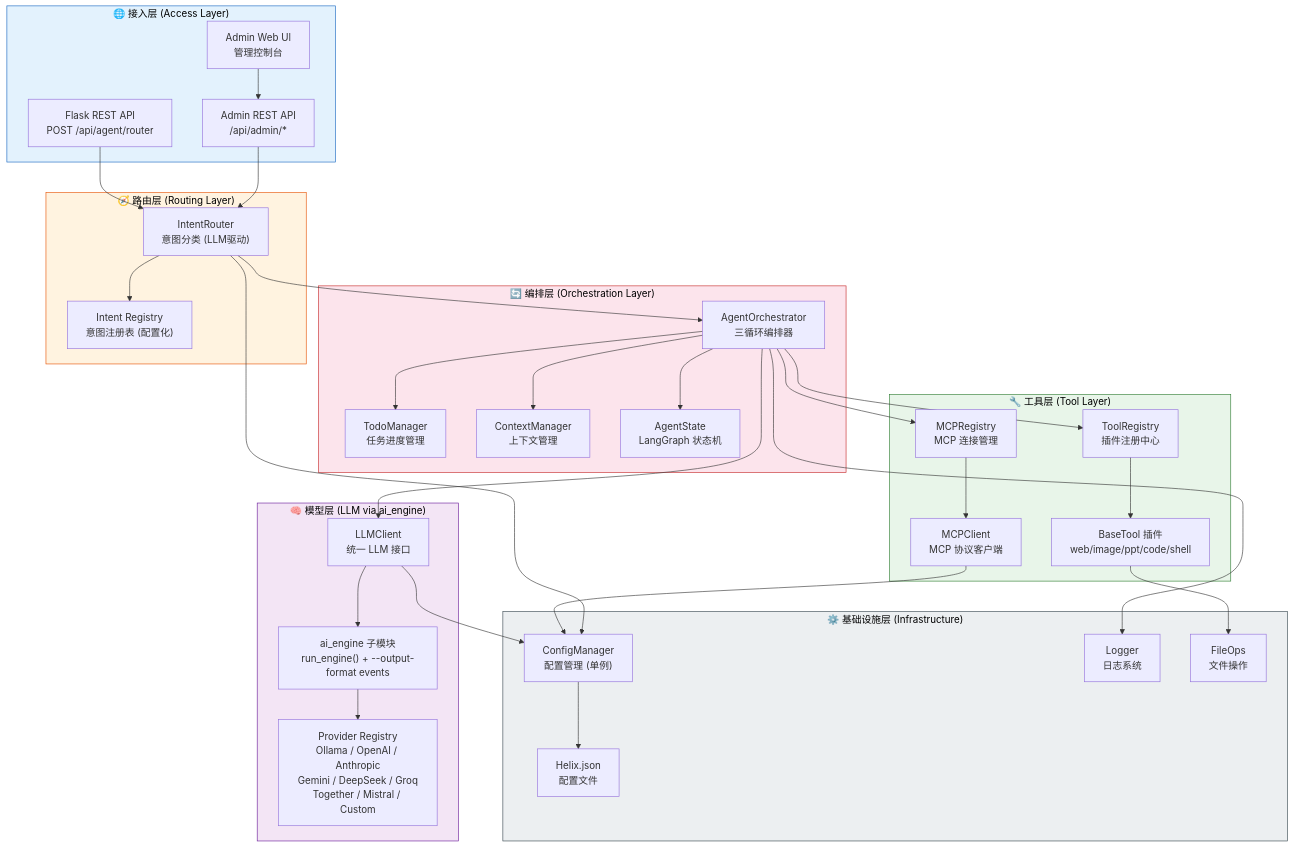
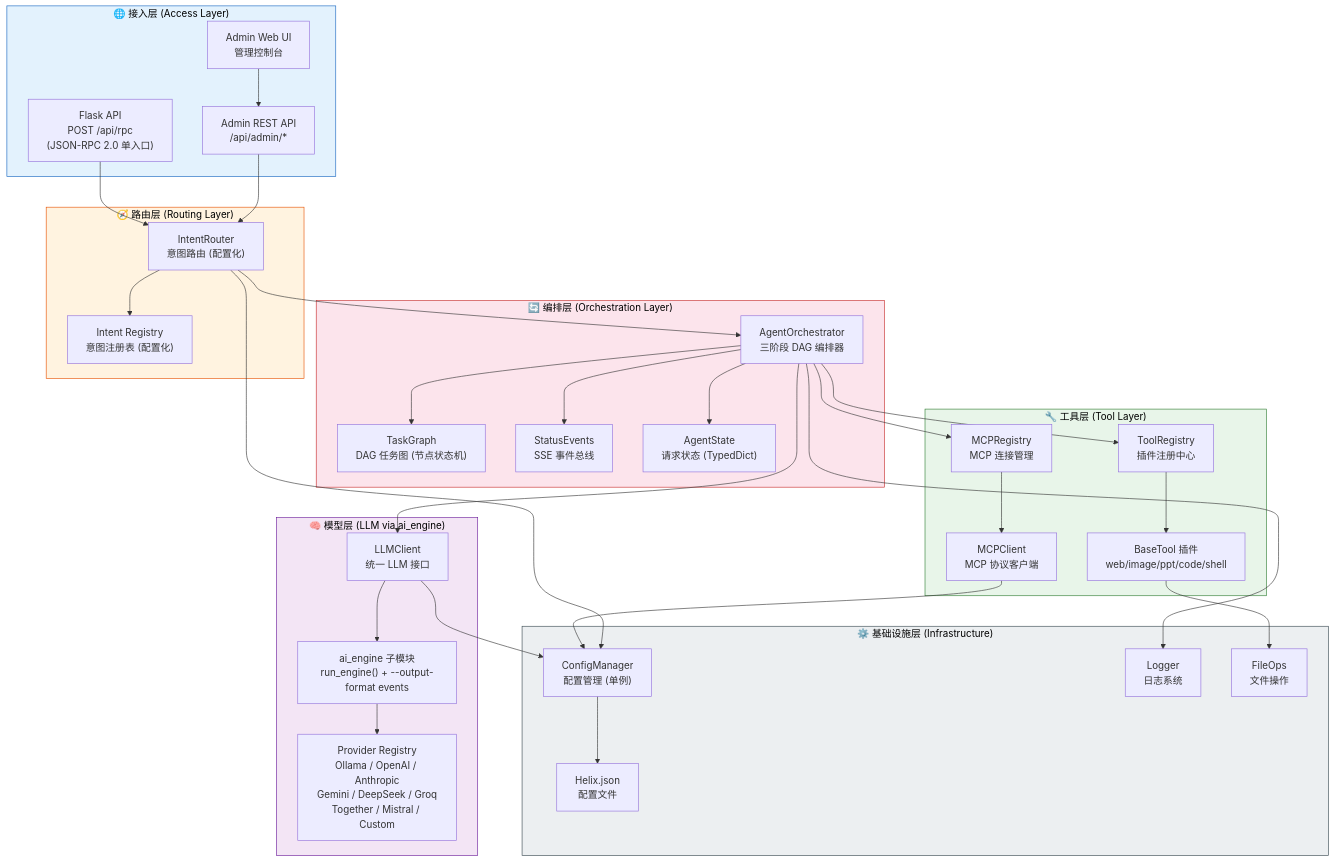
One commit to jimmylang74/Helix changed the first of 16 diagrams in doc/design.md. Above: the diagram before and after it, drawn with Mermaid. The commit also changed other lines of this file and 1 other file, not shown here.

First line of the commit message:
[docs] Update README and design doc for three-phase DAG architecture

````diff
--- a/doc/design.md
+++ b/doc/design.md
@@ -45,69 +46,69 @@
 ```mermaid
 graph TB
     subgraph L1["🌐 接入层 (Access Layer)"]
-        A1["Flask REST API<br/>POST /api/agent/router"]
+        A1["Flask API<br/>POST /api/rpc<br/>(JSON-RPC 2.0 单入口)"]
         A2["Admin Web UI<br/>管理控制台"]
         A3["Admin REST API<br/>/api/admin/*"]
     end
 
     subgraph L2["🧭 路由层 (Routing Layer)"]
-        B1["IntentRouter<br/>意图分类 (LLM驱动)"]
+        B1["IntentRouter<br/>意图路由 (配置化)"]
         B2["Intent Registry<br/>意图注册表 (配置化)"]
     end
 
     subgraph L3["🔄 编排层 (Orchestration Layer)"]
-        C1["AgentOrchestrator<br/>三循环编排器"]
-        C2["TodoManager<br/>任务进度管理"]
-        C3["ContextManager<br/>上下文管理"]
-        C4["AgentState<br/>LangGraph 状态机"]
+        C1["AgentOrchestrator<br/>三阶段 DAG 编排器"]
+        C2["TaskGraph<br/>DAG 任务图 (节点状态机)"]
+        C3["StatusEvents<br/>SSE 事件总线"]
+        C4["AgentState<br/>请求状态 (TypedDict)"]
     end
 
     subgraph L4["🔧 工具层 (Tool Layer)"]
         D1["ToolRegistry<br/>插件注册中心"]
         D2["BaseTool 插件<br/>web/image/ppt/code/shell"]
         D3["MCPRegistry<br/>MCP 连接管理"]
         D4["MCPClient<br/>MCP 协议客户端"]
     end
 
     subgraph L5["🧠 模型层 (LLM via ai_engine)"]
         E1["LLMClient<br/>统一 LLM 接口"]
         E2["ai_engine 子模块<br/>run_engine() + --output-format events"]
         E3["Provider Registry<br/>Ollama / OpenAI / Anthropic<br/>Gemini / DeepSeek / Groq<br/>Together / Mistral / Custom"]
     end
 
     subgraph L6["⚙️ 基础设施层 (Infrastructure)"]
         F1["ConfigManager<br/>配置管理 (单例)"]
         F2["Logger<br/>日志系统"]
         F3["FileOps<br/>文件操作"]
         F4["Helix.json<br/>配置文件"]
     end
 
     A1 --> B1
     A2 --> A3
     A3 --> B1
     B1 --> B2
     B1 --> C1
     C1 --> C2
     C1 --> C3
     C1 --> C4
     C1 --> D1
     C1 --> D3
     D1 --> D2
     D3 --> D4
     C1 --> E1
     E1 --> E2
     E2 --> E3
     D2 --> F3
     D4 --> F1
     E1 --> F1
     B1 --> F1
     C1 --> F2
     F1 --> F4
 
     style L1 fill:#e3f2fd,stroke:#1565c0,color:#000
     style L2 fill:#fff3e0,stroke:#e65100,color:#000
     style L3 fill:#fce4ec,stroke:#c62828,color:#000
     style L4 fill:#e8f5e9,stroke:#2e7d32,color:#000
     style L5 fill:#f3e5f5,stroke:#6a1b9a,color:#000
     style L6 fill:#eceff1,stroke:#37474f,color:#000
 ```
````
